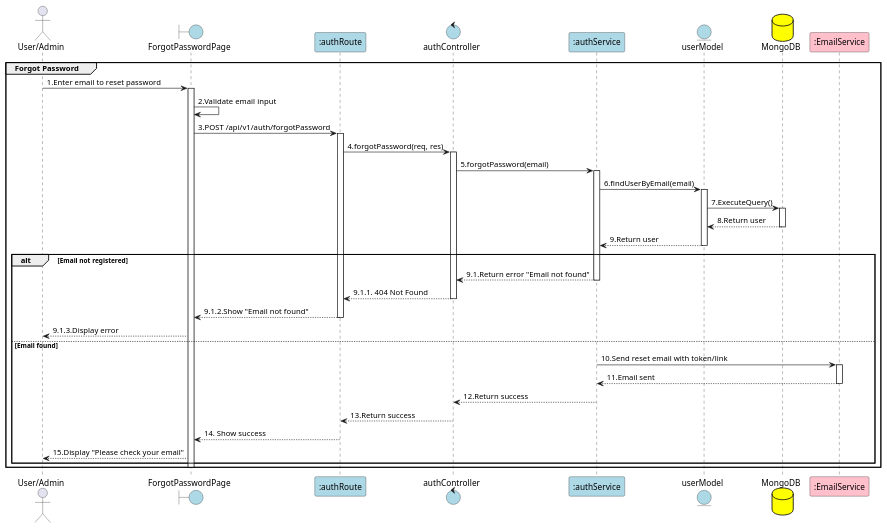
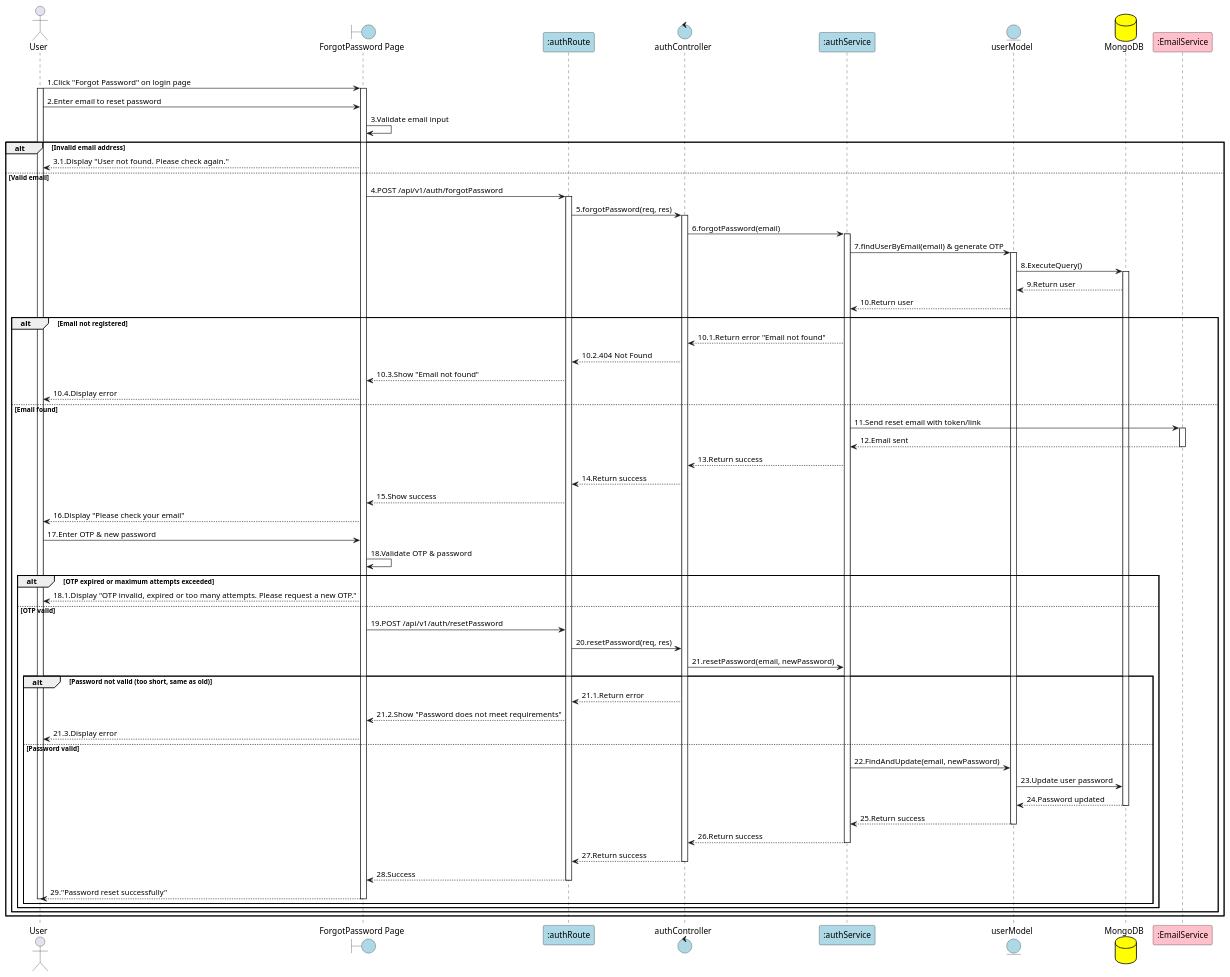
Before and after one commit to Aohkne/CaloCook: the diagram in PlanUML/3_forgotPassword.puml, drawn with PlantUML. The commit also changed 23 other files, not shown here.

```diff
--- a/PlanUML/3_forgotPassword.puml
+++ b/PlanUML/3_forgotPassword.puml
@@ -1,70 +1,97 @@
 @startuml ForgotPassword
 
-actor User as "User/Admin"
-boundary "ForgotPasswordPage" as View #lightblue
+actor User as "User"
+boundary "ForgotPassword Page" as View #lightblue
 participant ":authRoute" as Route #lightblue
 control "authController" as Controller #lightblue
 participant ":authService" as Service #lightblue
 entity "userModel" as Model #lightblue
 database "MongoDB" as MongoDB #yellow
 participant ":EmailService" as Mailer #pink
 
 group Forgot Password
-User -> View: 1.Enter email to reset password
+User -> View: 1.Click "Forgot Password" on login page
 activate View
+activate User
+User -> View: 2.Enter email to reset password
 
-View -> View: 2.Validate email input
-View -> Route: 3.POST /api/v1/auth/forgotPassword
-activate Route
+View -> View: 3.Validate email input
 
-Route -> Controller: 4.forgotPassword(req, res)
-activate Controller
+alt Invalid email address
+    View --> User: 3.1.Display "User not found. Please check again."
+else Valid email
+    View -> Route: 4.POST /api/v1/auth/forgotPassword
+    activate Route
 
-Controller -> Service: 5.forgotPassword(email)
-activate Service
+    Route -> Controller: 5.forgotPassword(req, res)
+    activate Controller
 
-Service -> Model: 6.findUserByEmail(email)
-activate Model
+    Controller -> Service: 6.forgotPassword(email)
+    activate Service
 
-Model -> MongoDB: 7.ExecuteQuery()
-activate MongoDB
-MongoDB --> Model: 8.Return user
-deactivate MongoDB
+    Service -> Model: 7.findUserByEmail(email) & generate OTP
+    activate Model
 
-Model --> Service: 9.Return user
-deactivate Model
+    Model -> MongoDB: 8.ExecuteQuery()
+    activate MongoDB
+    MongoDB --> Model: 9.Return user
 
-alt Email not registered
-    Service --> Controller: 9.1.Return error "Email not found"
-    deactivate Service
+    Model --> Service: 10.Return user
 
-    Controller --> Route: 9.1.1. 404 Not Found
-    deactivate Controller
+    alt Email not registered
+        Service --> Controller: 10.1.Return error "Email not found"
+        Controller --> Route: 10.2.404 Not Found
+        Route --> View: 10.3.Show "Email not found"
+        View --> User: 10.4.Display error
+    else Email found
+        Service -> Mailer: 11.Send reset email with token/link
+        activate Mailer
+        Mailer --> Service: 12.Email sent
+        deactivate Mailer
 
-    Route --> View: 9.1.2.Show "Email not found"
-    deactivate Route
+        Service --> Controller: 13.Return success
+        Controller --> Route: 14.Return success
 
-    View --> User: 9.1.3.Display error
-else Email found
+        Route --> View: 15.Show success
 
-    Service -> Mailer: 10.Send reset email with token/link
-    activate Mailer
+        View --> User: 16.Display "Please check your email"
 
-    Mailer --> Service: 11.Email sent
-    deactivate Mailer
+        User -> View: 17.Enter OTP & new password
+View -> View: 18.Validate OTP & password
 
-    Service --> Controller: 12.Return success
-    deactivate Service
+alt OTP expired or maximum attempts exceeded
+    View --> User: 18.1.Display "OTP invalid, expired or too many attempts. Please request a new OTP."
+else OTP valid
+    View -> Route: 19.POST /api/v1/auth/resetPassword
 
-    Controller --> Route: 13.Return success
-    deactivate Controller
+    Route -> Controller: 20.resetPassword(req, res)
 
-    Route --> View: 14. Show success
-    deactivate Route
+    Controller -> Service: 21.resetPassword(email, newPassword)
 
-    View --> User: 15.Display "Please check your email"
+    alt Password not valid (too short, same as old)
+        Controller --> Route: 21.1.Return error
+        Route --> View: 21.2.Show "Password does not meet requirements"
+        View --> User: 21.3.Display error
+    else Password valid
+        Service -> Model: 22.FindAndUpdate(email, newPassword)
+        Model -> MongoDB: 23.Update user password
+        MongoDB --> Model: 24.Password updated
+        deactivate MongoDB
+        Model --> Service: 25.Return success
+        deactivate Model
+
+        Service --> Controller: 26.Return success
+        deactivate Service
+        Controller --> Route: 27.Return success
+        deactivate Controller
+        Route --> View: 28.Success
+        deactivate Route
+        View --> User: 29."Password reset successfully"
+        deactivate View
+        deactivate User
+    end
+end
+end
 end
 
-deactivate View
-end
 @enduml
```
